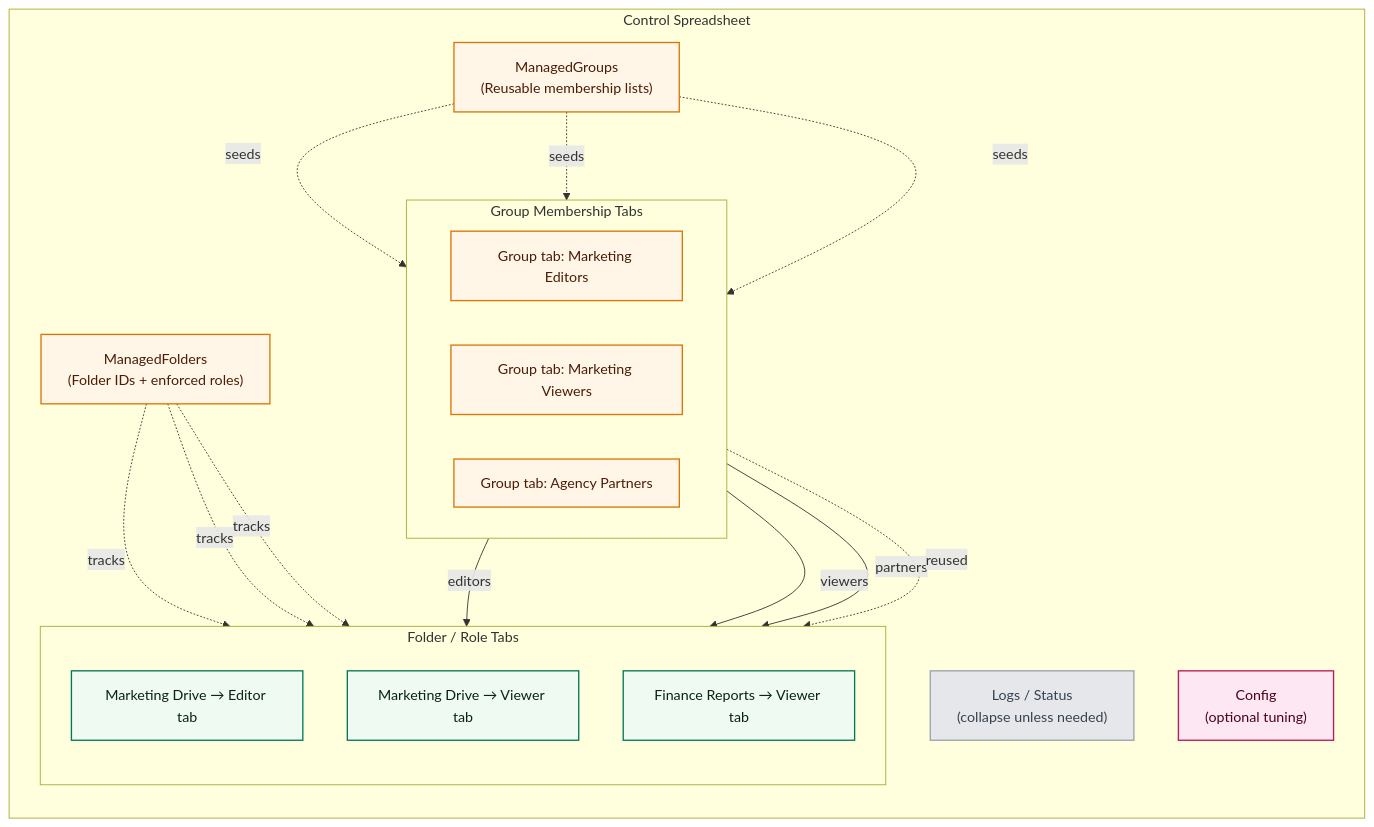
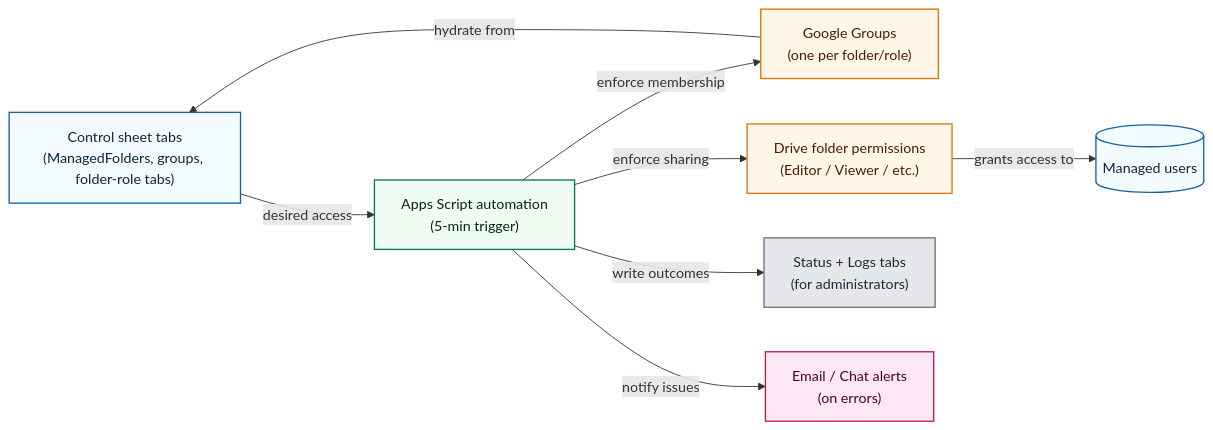
One commit to davidf9999/gdrive_permissions1 changed the diagram in README.md. Above: the diagram before and after it, drawn with Mermaid. The commit also changed other lines of this file and 1 other file, not shown here.

Commit message:
docs: separate architecture summary

````diff
--- a/README.md
+++ b/README.md
@@ -76,43 +60,27 @@
 ```mermaid
-flowchart TD
-  subgraph ControlSheet[Control Spreadsheet]
-    direction TB
-    ManagedFolders["ManagedFolders\n(Folder IDs + enforced roles)"]
-    ManagedGroups["ManagedGroups\n(Reusable membership lists)"]
-    subgraph GroupTabs[Group Membership Tabs]
-      direction LR
-      GroupSheet1[Group tab: Marketing Editors]
-      GroupSheet2[Group tab: Marketing Viewers]
-      GroupSheet3[Group tab: Agency Partners]
-    end
-    subgraph FolderRoleTabs[Folder / Role Tabs]
-      direction TB
-      FolderSheet1[Marketing Drive → Editor tab]
-      FolderSheet2[Marketing Drive → Viewer tab]
-      FolderSheet3[Finance Reports → Viewer tab]
-    end
-    Logs["Logs / Status\n(collapse unless needed)"]
-    Config["Config\n(optional tuning)"]
-  end
+flowchart LR
+  Control["Control sheet tabs\n(ManagedFolders, groups, folder-role tabs)"]
+  Script["Apps Script automation\n(5-min trigger)"]
+  Groups["Google Groups\n(one per folder/role)"]
+  Drive["Drive folder permissions\n(Editor / Viewer / etc.)"]
+  Status["Status + Logs tabs\n(for administrators)"]
+  Alerts["Email / Chat alerts\n(on errors)"]
 
-  ManagedFolders -. tracks .-> FolderSheet1
-  ManagedFolders -. tracks .-> FolderSheet2
-  ManagedFolders -. tracks .-> FolderSheet3
-  ManagedGroups -. seeds .-> GroupSheet1
-  ManagedGroups -. seeds .-> GroupSheet2
-  ManagedGroups -. seeds .-> GroupSheet3
-  GroupSheet1 -- editors --> FolderSheet1
-  GroupSheet2 -- viewers --> FolderSheet2
-  GroupSheet3 -- partners --> FolderSheet2
-  GroupSheet2 -. reused .-> FolderSheet3
+  Control -- desired access --> Script
+  Script -- enforce membership --> Groups
+  Script -- enforce sharing --> Drive
+  Groups -- hydrate from --> Control
+  Drive -- grants access to --> Users[(Managed users)]
+  Script -- write outcomes --> Status
+  Script -- notify issues --> Alerts
 
   classDef default fill:#f4fbff,stroke:#1463a5,stroke-width:1.5px,color:#0d273d;
-  classDef group fill:#fff6e8,stroke:#d97706,color:#4a1d05;
-  classDef folder fill:#effaf3,stroke:#047857,color:#092314;
-  classDef log fill:#e5e7eb,stroke:#9ca3af,color:#374151;
-  classDef config fill:#fce7f3,stroke:#be185d,color:#4a0418;
-  class ManagedFolders,ManagedGroups,GroupSheet1,GroupSheet2,GroupSheet3 group;
-  class FolderSheet1,FolderSheet2,FolderSheet3 folder;
-  class Logs log;
-  class Config config;
+  classDef script fill:#eefcf3,stroke:#047857,color:#092314;
+  classDef ws fill:#fff6e8,stroke:#d97706,color:#4a1d05;
+  classDef status fill:#e5e7eb,stroke:#6b7280,color:#1f2937;
+  classDef alerts fill:#fce7f3,stroke:#be185d,color:#4a0418;
+  class Script script;
+  class Groups,Drive ws;
+  class Status status;
+  class Alerts alerts;
 ```
````
